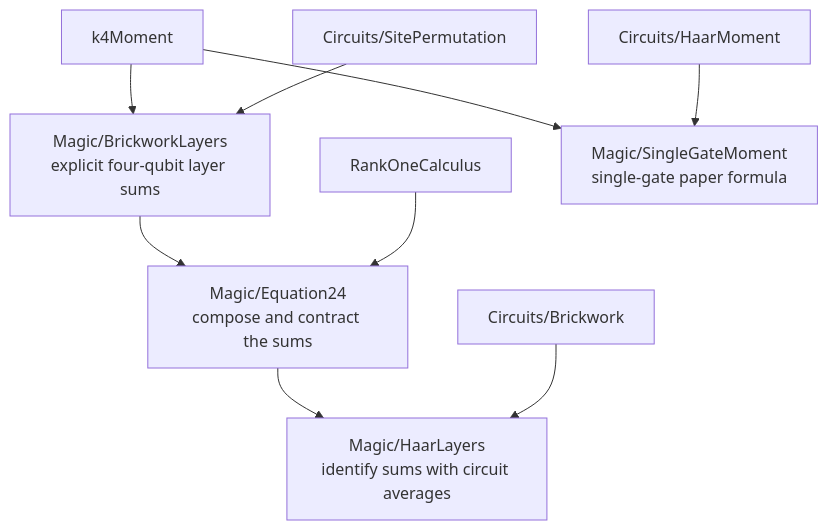
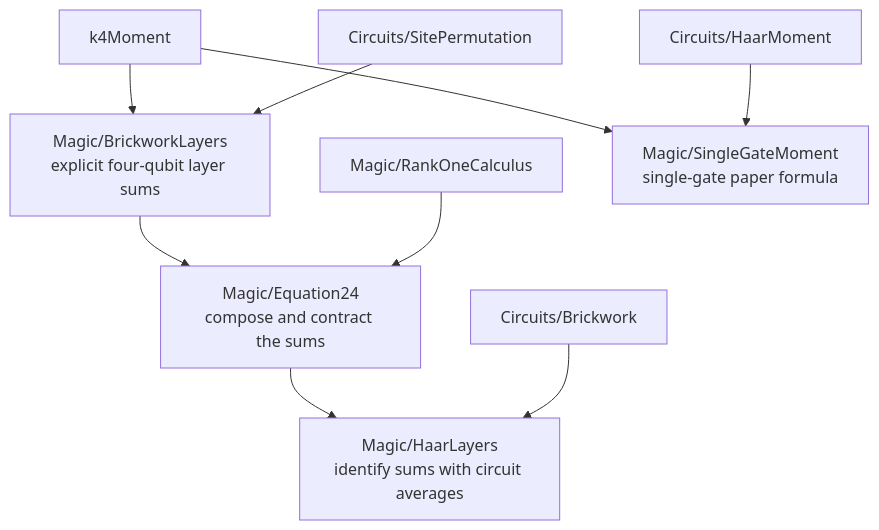
Before and after one commit to teng10/lean-haar: the sixth of 6 diagrams in docs/ModuleMap.md, drawn with Mermaid. The commit also changed other lines of this file and 18 other files, not shown here.

````diff
--- a/docs/ModuleMap.md
+++ b/docs/ModuleMap.md
@@ -186,11 +233,11 @@
 ```mermaid
 flowchart TD
   K["k4Moment"] --> B["Magic/BrickworkLayers<br/>explicit four-qubit layer sums"]
   P["Circuits/SitePermutation"] --> B
   B --> E["Magic/Equation24<br/>compose and contract the sums"]
-  R["RankOneCalculus"] --> E
+  R["Magic/RankOneCalculus"] --> E
   E --> H["Magic/HaarLayers<br/>identify sums with circuit averages"]
   C["Circuits/Brickwork"] --> H
   K --> S["Magic/SingleGateMoment<br/>single-gate paper formula"]
   M["Circuits/HaarMoment"] --> S
 ```
````
